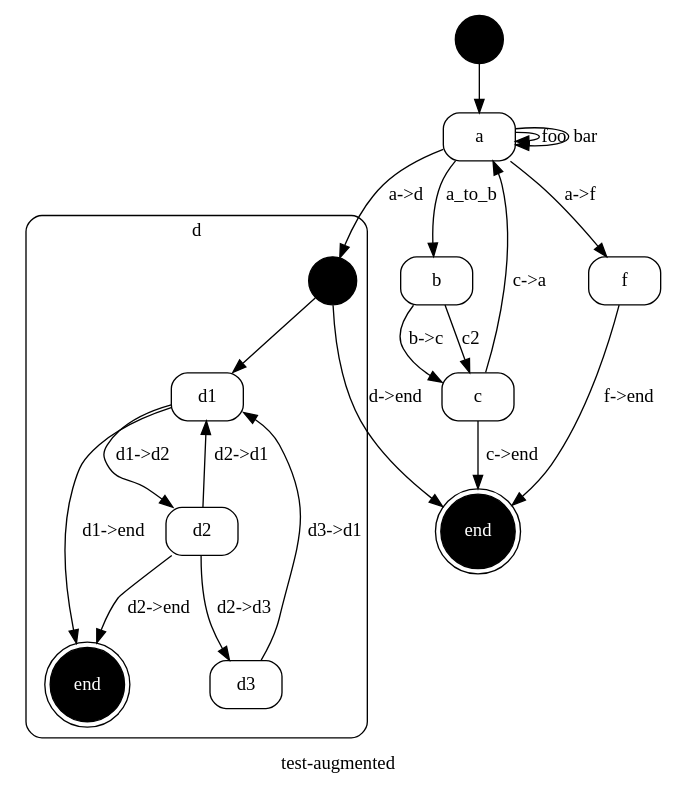
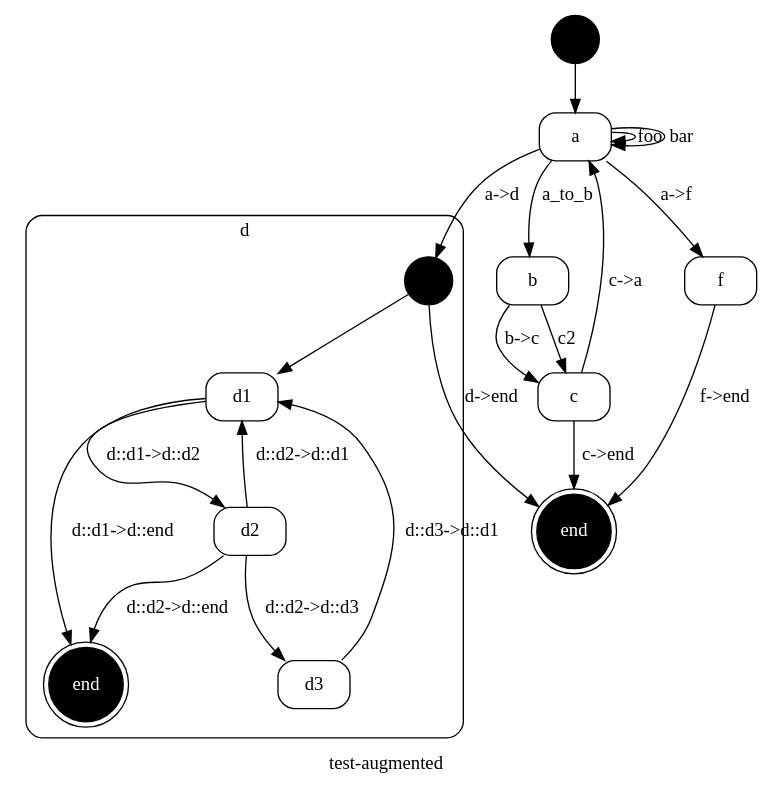
One commit to kstephens/red_steak changed the diagram in example/red_steak-test-augmented.dot. Above: the diagram before and after it, drawn with Graphviz. The commit also changed 23 other files, not shown here.

First line of the commit message:
MAJOR CHANGES: Closer to UML metamodel and semantics. Substates can be defined without a substatemachine. Support "a::sub" namespacing and lookup. Refactored State into Vertex for future Pseudostate class and support. Builder syntax for implied transition source has changed.

```diff
--- a/example/red_steak-test-augmented.dot
+++ b/example/red_steak-test-augmented.dot
@@ -1,100 +1,100 @@
 
-// {#<RedSteak::Statemachine [:"test-augmented"]>
+// {#<RedSteak::Statemachine test-augmented>
 digraph x1 {
   label="test-augmented"; 
   node [ shape="circle", label="", style=filled, fillcolor=black ] x1_START; 
 
-// #<RedSteak::State [:a]>
+// #<RedSteak::State test-augmented a>
   node [ shape="box", label="a", style="filled,rounded", color=black, fillcolor=white, fontcolor=black ] x2;
 
-// #<RedSteak::State [:b]>
+// #<RedSteak::State test-augmented b>
   node [ shape="box", label="b", style="filled,rounded", color=black, fillcolor=white, fontcolor=black ] x3;
 
-// #<RedSteak::State [:c]>
+// #<RedSteak::State test-augmented c>
   node [ shape="box", label="c", style="filled,rounded", color=black, fillcolor=white, fontcolor=black ] x4;
 
-// #<RedSteak::State [:d]>
+// #<RedSteak::State test-augmented d>
 
-// {#<RedSteak::Statemachine [:"test-augmented", :d, :d]>
+// {#<RedSteak::Statemachine test-augmented::d>
 subgraph cluster_x5 {
   label="d"; 
   shape="box"; 
   style="filled,rounded"; 
-  fillcolor="white"; 
-  fontcolor="black"; 
+  fillcolor=white; 
+  fontcolor=black; 
   node [ shape="circle", label="", style=filled, fillcolor=black ] x5_START; 
 
-// #<RedSteak::State [:d, :d1]>
+// #<RedSteak::State test-augmented::d d::d1>
   node [ shape="box", label="d1", style="filled,rounded", color=black, fillcolor=white, fontcolor=black ] x6;
 
-// #<RedSteak::State [:d, :d2]>
+// #<RedSteak::State test-augmented::d d::d2>
   node [ shape="box", label="d2", style="filled,rounded", color=black, fillcolor=white, fontcolor=black ] x7;
 
-// #<RedSteak::State [:d, :d3]>
+// #<RedSteak::State test-augmented::d d::d3>
   node [ shape="box", label="d3", style="filled,rounded", color=black, fillcolor=white, fontcolor=black ] x8;
 
-// #<RedSteak::State [:d, :end]>
+// #<RedSteak::State test-augmented::d d::end>
   node [ shape="doublecircle", label="end", style="filled,rounded", color=black, fillcolor=black, fontcolor=white ] x9;
 }
-// } #<RedSteak::Statemachine [:"test-augmented", :d, :d]>
+// } #<RedSteak::Statemachine test-augmented::d>
 
-// #<RedSteak::State [:end]>
+// #<RedSteak::State test-augmented end>
   node [ shape="doublecircle", label="end", style="filled,rounded", color=black, fillcolor=black, fontcolor=white ] x10;
 
-// #<RedSteak::State [:f]>
+// #<RedSteak::State test-augmented f>
   node [ shape="box", label="f", style="filled,rounded", color=black, fillcolor=white, fontcolor=black ] x11;
 
-// #<RedSteak::Transition :foo :a -> :a>
+// #<RedSteak::Transition :foo a -> a>
 x2 -> x2 [ label="foo", color=black, fontcolor=black ];
 
-// #<RedSteak::Transition :bar :a -> :a>
+// #<RedSteak::Transition :bar a -> a>
 x2 -> x2 [ label="bar", color=black, fontcolor=black ];
 
-// #<RedSteak::Transition :a_to_b :a -> :b>
+// #<RedSteak::Transition :a_to_b a -> b>
 x2 -> x3 [ label="a_to_b", color=black, fontcolor=black ];
 
-// #<RedSteak::Transition :"b->c" :b -> :c>
+// #<RedSteak::Transition :"b->c" b -> c>
 x3 -> x4 [ label="b->c", color=black, fontcolor=black ];
 
-// #<RedSteak::Transition :c2 :b -> :c>
+// #<RedSteak::Transition :c2 b -> c>
 x3 -> x4 [ label="c2", color=black, fontcolor=black ];
 
-// #<RedSteak::Transition :"c->a" :c -> :a>
+// #<RedSteak::Transition :"c->a" c -> a>
 x4 -> x2 [ label="c->a", color=black, fontcolor=black ];
 
-// #<RedSteak::Transition :"c->end" :c -> :end>
+// #<RedSteak::Transition :"c->end" c -> end>
 x4 -> x10 [ label="c->end", color=black, fontcolor=black ];
 
-// #<RedSteak::Transition :"a->d" :a -> :d>
+// #<RedSteak::Transition :"a->d" a -> d>
 x2 -> x5_START [ label="a->d", color=black, fontcolor=black ];
 
-// #<RedSteak::Transition :"d->end" :d -> :end>
+// #<RedSteak::Transition :"d->end" d -> end>
 x5_START -> x10 [ label="d->end", color=black, fontcolor=black ];
 
-// #<RedSteak::Transition :"a->f" :a -> :f>
+// #<RedSteak::Transition :"a->f" a -> f>
 x2 -> x11 [ label="a->f", color=black, fontcolor=black ];
 
-// #<RedSteak::Transition :"f->end" :f -> :end>
+// #<RedSteak::Transition :"f->end" f -> end>
 x11 -> x10 [ label="f->end", color=black, fontcolor=black ];
 x1_START -> x2;
 
-// #<RedSteak::Transition :"d1->d2" :d1 -> :d2>
-x6 -> x7 [ label="d1->d2", color=black, fontcolor=black ];
+// #<RedSteak::Transition :"d::d1->d::d2" d::d1 -> d::d2>
+x6 -> x7 [ label="d::d1->d::d2", color=black, fontcolor=black ];
 
-// #<RedSteak::Transition :"d1->end" :d1 -> :end>
-x6 -> x9 [ label="d1->end", color=black, fontcolor=black ];
+// #<RedSteak::Transition :"d::d1->d::end" d::d1 -> d::end>
+x6 -> x9 [ label="d::d1->d::end", color=black, fontcolor=black ];
 
-// #<RedSteak::Transition :"d2->d1" :d2 -> :d1>
-x7 -> x6 [ label="d2->d1", color=black, fontcolor=black ];
+// #<RedSteak::Transition :"d::d2->d::d1" d::d2 -> d::d1>
+x7 -> x6 [ label="d::d2->d::d1", color=black, fontcolor=black ];
 
-// #<RedSteak::Transition :"d2->end" :d2 -> :end>
-x7 -> x9 [ label="d2->end", color=black, fontcolor=black ];
+// #<RedSteak::Transition :"d::d2->d::end" d::d2 -> d::end>
+x7 -> x9 [ label="d::d2->d::end", color=black, fontcolor=black ];
 
-// #<RedSteak::Transition :"d3->d1" :d3 -> :d1>
-x8 -> x6 [ label="d3->d1", color=black, fontcolor=black ];
+// #<RedSteak::Transition :"d::d3->d::d1" d::d3 -> d::d1>
+x8 -> x6 [ label="d::d3->d::d1", color=black, fontcolor=black ];
 
-// #<RedSteak::Transition :"d2->d3" :d2 -> :d3>
-x7 -> x8 [ label="d2->d3", color=black, fontcolor=black ];
+// #<RedSteak::Transition :"d::d2->d::d3" d::d2 -> d::d3>
+x7 -> x8 [ label="d::d2->d::d3", color=black, fontcolor=black ];
 x5_START -> x6;
 }
-// } #<RedSteak::Statemachine [:"test-augmented"]>
+// } #<RedSteak::Statemachine test-augmented>
```
